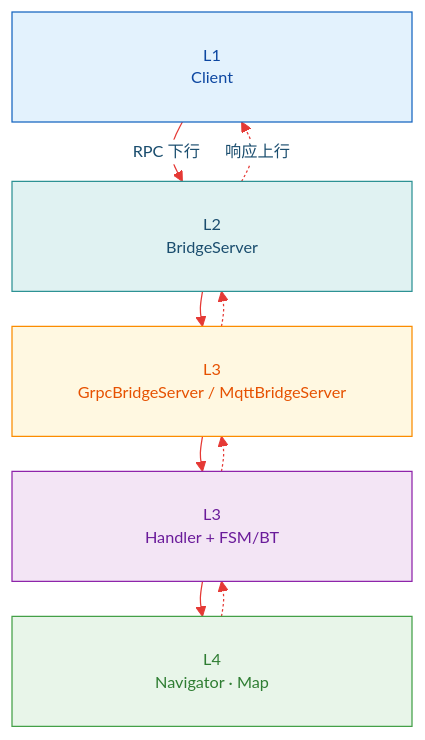
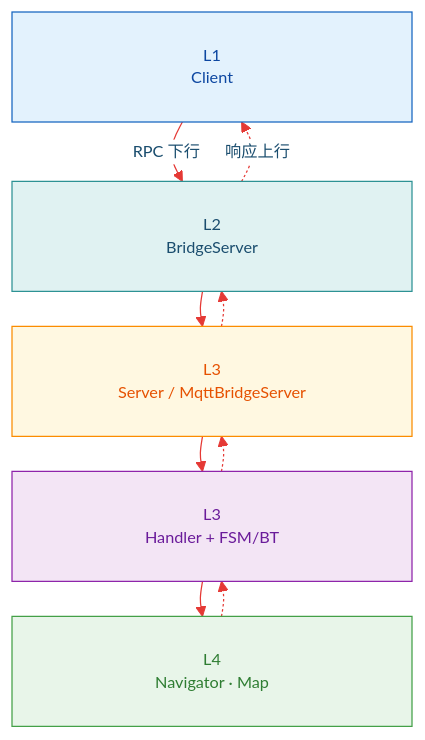
The diagram in docs/source/15_Bridge/02_architecture.md (quandy2020/autonomy), drawn with Mermaid before and after one commit. The commit also changed other lines of this file and 267 other files, not shown here.

````diff
--- a/docs/source/15_Bridge/02_architecture.md
+++ b/docs/source/15_Bridge/02_architecture.md
@@ -18,23 +18,23 @@
 ```mermaid
 %%{init: {"theme":"base","themeVariables":{"fontSize":"13px","primaryColor":"#e0f2f2","primaryTextColor":"#1a4d6e","primaryBorderColor":"#2d9294","lineColor":"#e53935","edgeLabelBackground":"#ffffff","labelTextColor":"#455a64"},"flowchart":{"nodeSpacing":24,"rankSpacing":28,"padding":8,"htmlLabels":true,"useMaxWidth":false}}}%%
 flowchart TB
     Client["<div style='width:18rem;height:4.5rem;display:flex;align-items:center;justify-content:center;text-align:center;line-height:1.35;font-size:13px;box-sizing:border-box;padding:0.45rem 0.65rem;overflow:hidden;background:#e3f2fd;border-radius:6px;color:#0d47a1'>L1<br/>Client</div>"]
     BS["<div style='width:18rem;height:4.5rem;display:flex;align-items:center;justify-content:center;text-align:center;line-height:1.35;font-size:13px;box-sizing:border-box;padding:0.45rem 0.65rem;overflow:hidden;background:#e0f2f2;border-radius:6px;color:#1a4d6e'>L2<br/>BridgeServer</div>"]
-    TX["<div style='width:18rem;height:4.5rem;display:flex;align-items:center;justify-content:center;text-align:center;line-height:1.35;font-size:13px;box-sizing:border-box;padding:0.45rem 0.65rem;overflow:hidden;background:#fff8e1;border-radius:6px;color:#e65100'>L3<br/>GrpcBridgeServer / MqttBridgeServer</div>"]
+    TX["<div style='width:18rem;height:4.5rem;display:flex;align-items:center;justify-content:center;text-align:center;line-height:1.35;font-size:13px;box-sizing:border-box;padding:0.45rem 0.65rem;overflow:hidden;background:#fff8e1;border-radius:6px;color:#e65100'>L3<br/>Server / MqttBridgeServer</div>"]
     HD["<div style='width:18rem;height:4.5rem;display:flex;align-items:center;justify-content:center;text-align:center;line-height:1.35;font-size:13px;box-sizing:border-box;padding:0.45rem 0.65rem;overflow:hidden;background:#f3e5f5;border-radius:6px;color:#6a1b9a'>L3<br/>Handler + FSM/BT</div>"]
     Stack["<div style='width:18rem;height:4.5rem;display:flex;align-items:center;justify-content:center;text-align:center;line-height:1.35;font-size:13px;box-sizing:border-box;padding:0.45rem 0.65rem;overflow:hidden;background:#e8f5e9;border-radius:6px;color:#2e7d32'>L4<br/>Navigator · Map</div>"]
 
     Client -->|"RPC 下行"| BS --> TX --> HD --> Stack
     Stack -.-> HD -.-> TX -.-> BS -.->|"响应上行"| Client
 
     classDef l1 fill:#e3f2fd,stroke:#1565c0,color:#0d47a1
     classDef l2 fill:#e0f2f2,stroke:#2d9294,color:#1a4d6e
     classDef l3tx fill:#fff8e1,stroke:#fb8c00,color:#e65100
     classDef l3hd fill:#f3e5f5,stroke:#8e24aa,color:#6a1b9a
     classDef l4 fill:#e8f5e9,stroke:#43a047,color:#2e7d32
     class Client l1
     class BS l2
     class TX l3tx
     class HD l3hd
     class Stack l4
 ```
````
